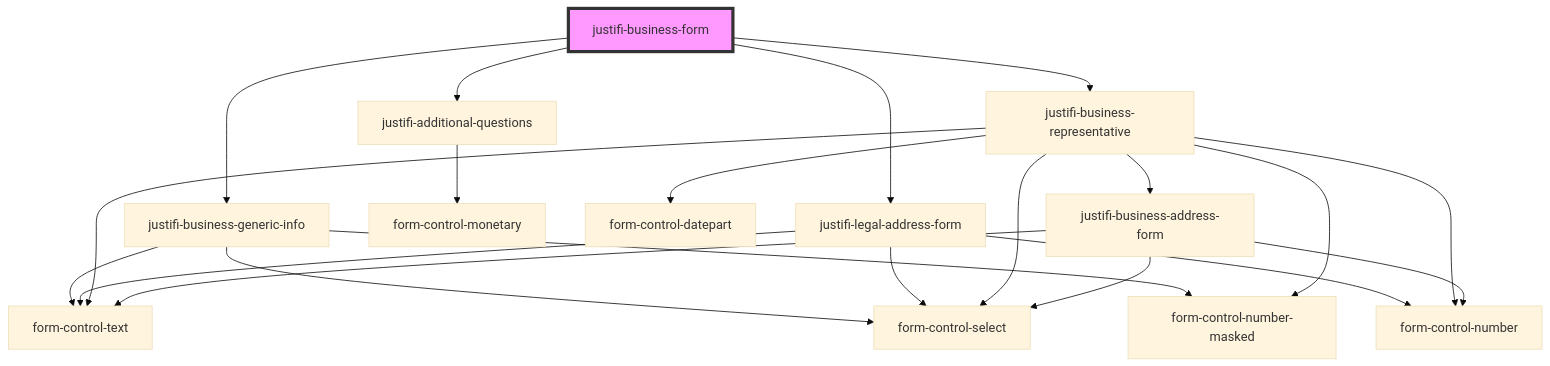
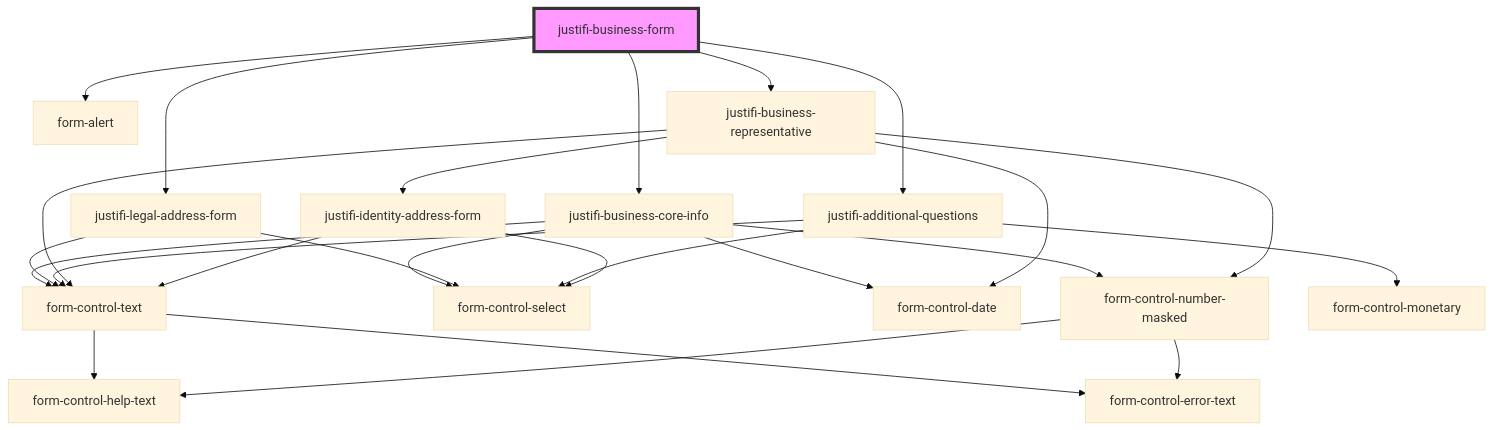
The diagram in packages/webcomponents/src/components/business-forms/business-form/readme.md (justifi-tech/web-component-library), drawn with Mermaid (base theme) before and after one commit. The commit also changed other lines of this file and 32 other files, not shown here.

````diff
--- a/packages/webcomponents/src/components/business-forms/business-form/readme.md
+++ b/packages/webcomponents/src/components/business-forms/business-form/readme.md
@@ -35,24 +39,28 @@
 ```mermaid
 graph TD;
-  justifi-business-form --> justifi-business-generic-info
+  justifi-business-form --> form-alert
+  justifi-business-form --> justifi-business-core-info
   justifi-business-form --> justifi-legal-address-form
   justifi-business-form --> justifi-additional-questions
   justifi-business-form --> justifi-business-representative
-  justifi-business-generic-info --> form-control-text
-  justifi-business-generic-info --> form-control-select
-  justifi-business-generic-info --> form-control-number-masked
+  justifi-business-core-info --> form-control-text
+  justifi-business-core-info --> form-control-select
+  justifi-business-core-info --> form-control-date
+  justifi-business-core-info --> form-control-number-masked
+  form-control-text --> form-control-help-text
+  form-control-text --> form-control-error-text
+  form-control-number-masked --> form-control-help-text
+  form-control-number-masked --> form-control-error-text
   justifi-legal-address-form --> form-control-text
-  justifi-legal-address-form --> form-control-number
   justifi-legal-address-form --> form-control-select
   justifi-additional-questions --> form-control-monetary
+  justifi-additional-questions --> form-control-select
+  justifi-additional-questions --> form-control-text
   justifi-business-representative --> form-control-text
-  justifi-business-representative --> form-control-select
   justifi-business-representative --> form-control-number-masked
-  justifi-business-representative --> form-control-datepart
-  justifi-business-representative --> form-control-number
-  justifi-business-representative --> justifi-business-address-form
-  justifi-business-address-form --> form-control-text
-  justifi-business-address-form --> form-control-select
-  justifi-business-address-form --> form-control-number
+  justifi-business-representative --> form-control-date
+  justifi-business-representative --> justifi-identity-address-form
+  justifi-identity-address-form --> form-control-text
+  justifi-identity-address-form --> form-control-select
   style justifi-business-form fill:#f9f,stroke:#333,stroke-width:4px
 ```
````
